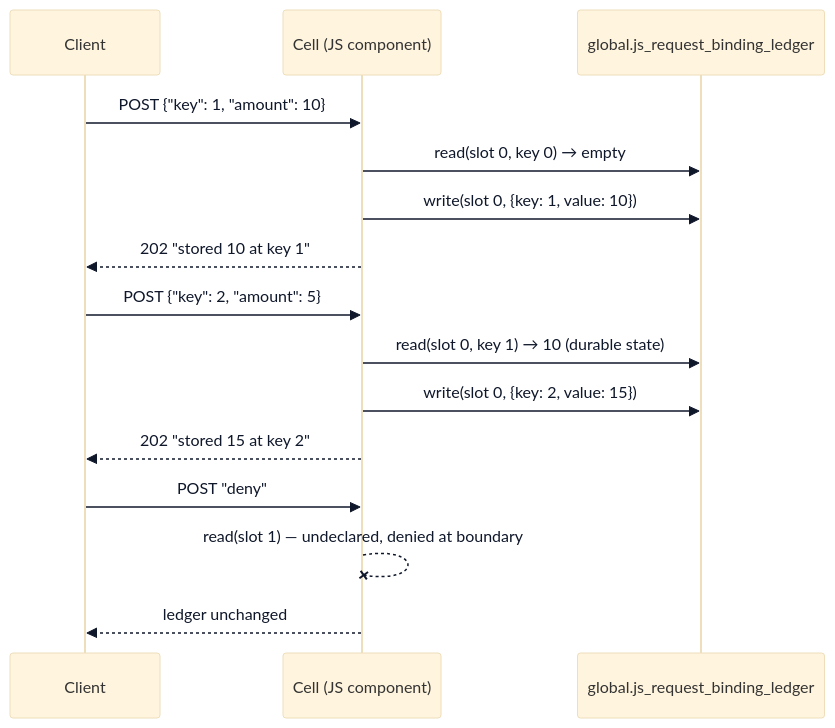
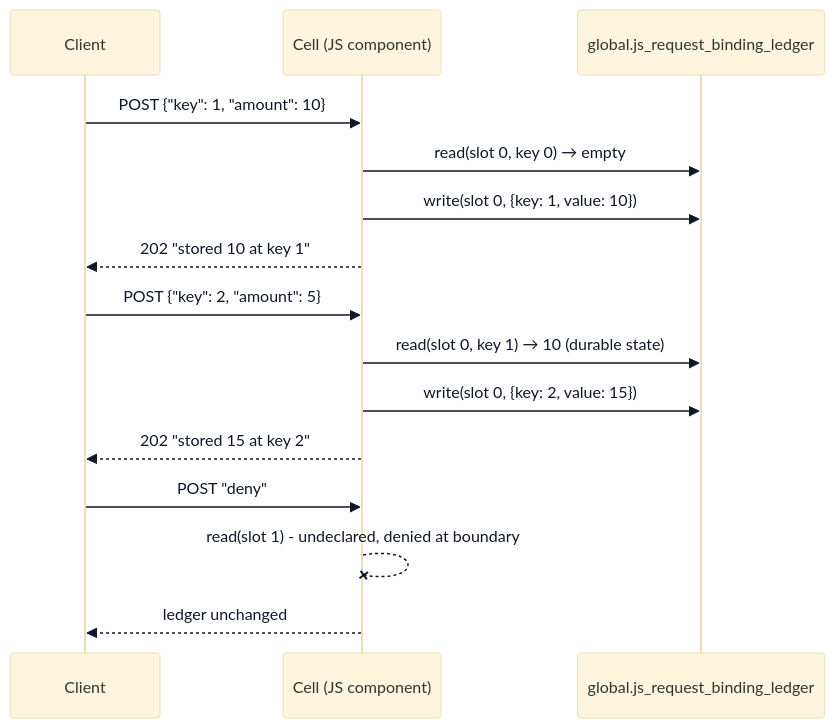
One commit to psvensson/lagrange changed the second of 2 diagrams in examples/js-request-binding-deployment/README.md. Above: the diagram before and after it, drawn with Mermaid. The commit also changed other lines of this file and 33 other files, not shown here.

````diff
--- a/examples/js-request-binding-deployment/README.md
+++ b/examples/js-request-binding-deployment/README.md
@@ -117,21 +117,21 @@
 ```mermaid
 %%{init: {'theme':'base','themeVariables':{'background':'#ffffff','lineColor':'#334155','textColor':'#0f172a'}}}%%
 sequenceDiagram
   participant C as Client
   participant Cell as Cell (JS component)
   participant T as global.js_request_binding_ledger
 
   C->>Cell: POST {"key": 1, "amount": 10}
   Cell->>T: read(slot 0, key 0) → empty
   Cell->>T: write(slot 0, {key: 1, value: 10})
   Cell-->>C: 202 "stored 10 at key 1"
 
   C->>Cell: POST {"key": 2, "amount": 5}
   Cell->>T: read(slot 0, key 1) → 10 (durable state)
   Cell->>T: write(slot 0, {key: 2, value: 15})
   Cell-->>C: 202 "stored 15 at key 2"
 
   C->>Cell: POST "deny"
-  Cell--xCell: read(slot 1) — undeclared, denied at boundary
+  Cell--xCell: read(slot 1) - undeclared, denied at boundary
   Cell-->>C: ledger unchanged
 ```
````
